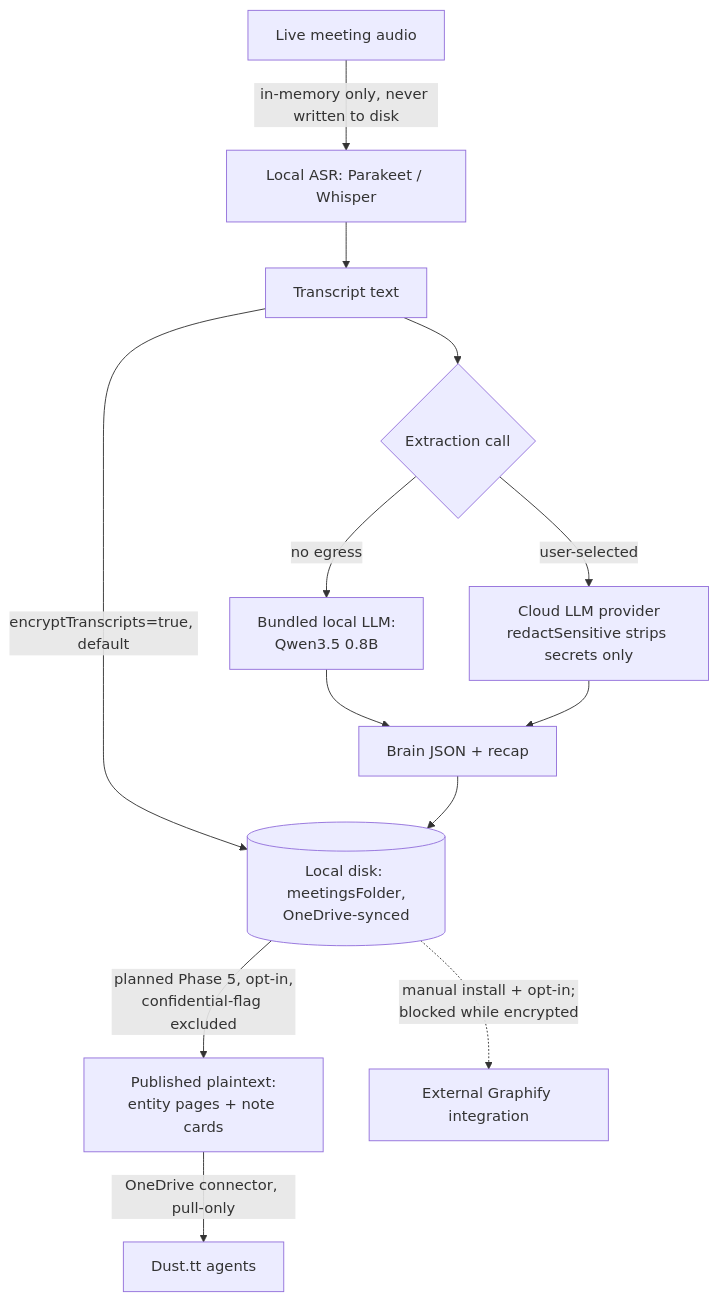
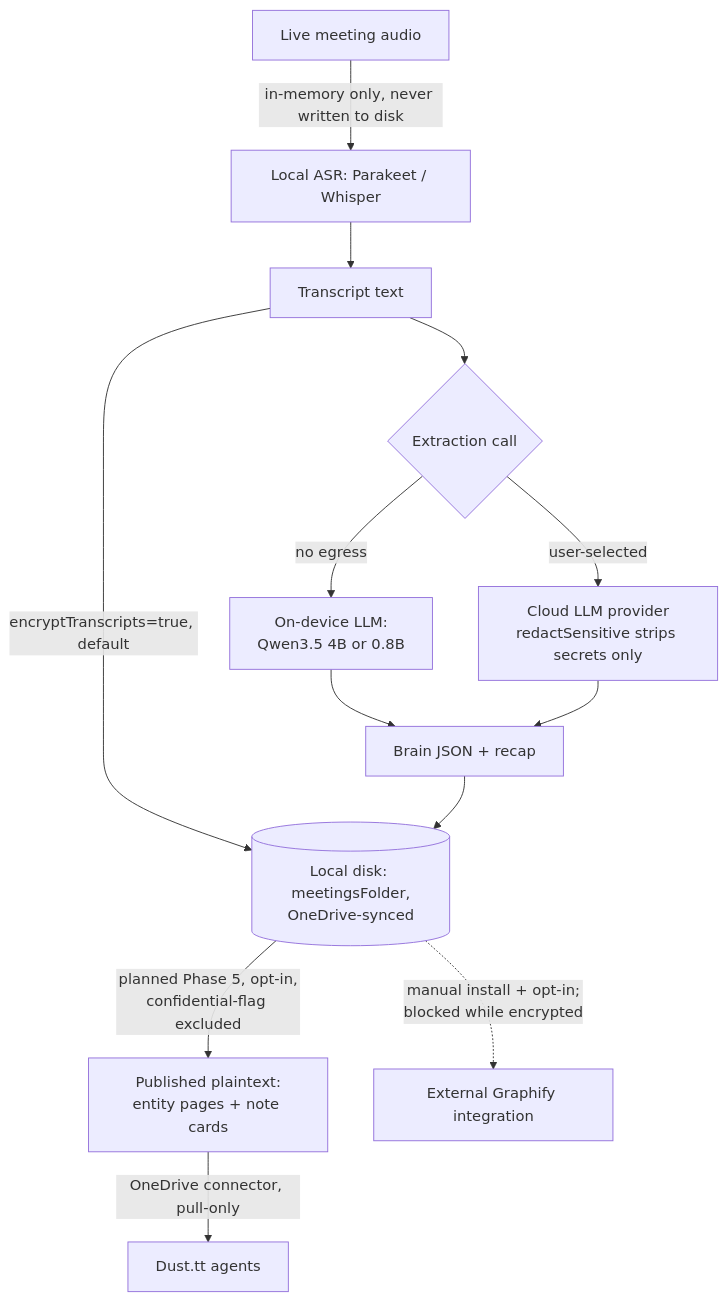
The diagram in docs/compliance/data-flow-onepager.md (mysticalsin/AskToto-Mantu), drawn with Mermaid before and after one commit. The commit also changed other lines of this file and 6 other files, not shown here.

````diff
--- a/docs/compliance/data-flow-onepager.md
+++ b/docs/compliance/data-flow-onepager.md
@@ -88,15 +91,15 @@
 ```mermaid
 flowchart TD
     A[Live meeting audio] -->|in-memory only, never written to disk| B[Local ASR: Parakeet / Whisper]
     B --> C[Transcript text]
     C -->|encryptTranscripts=true, default| D[(Local disk: meetingsFolder,\nOneDrive-synced)]
     C --> E{Extraction call}
-    E -->|no egress| F[Bundled local LLM:\nQwen3.5 0.8B]
+    E -->|no egress| F[On-device LLM:\nQwen3.5 4B or 0.8B]
     E -->|user-selected| G[Cloud LLM provider\nredactSensitive strips secrets only]
     F --> H[Brain JSON + recap]
     G --> H
     H --> D
     D -->|planned Phase 5, opt-in,\nconfidential-flag excluded| I[Published plaintext:\nentity pages + note cards]
     I -->|OneDrive connector, pull-only| J[Dust.tt agents]
     D -.->|manual install + opt-in;\nblocked while encrypted| K[External Graphify integration]
 ```
````
